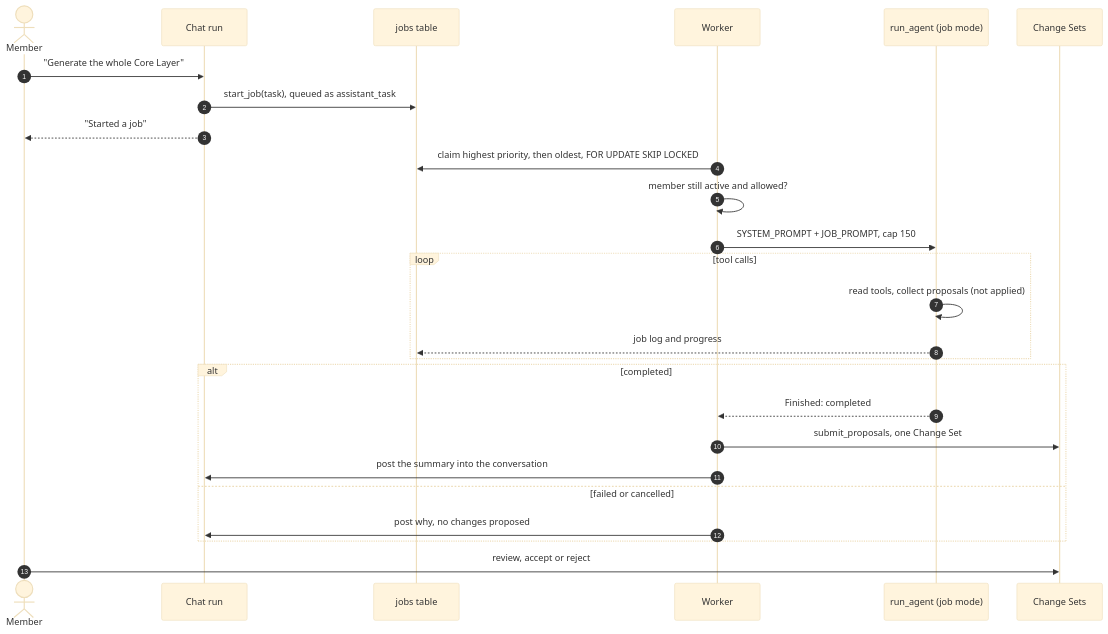
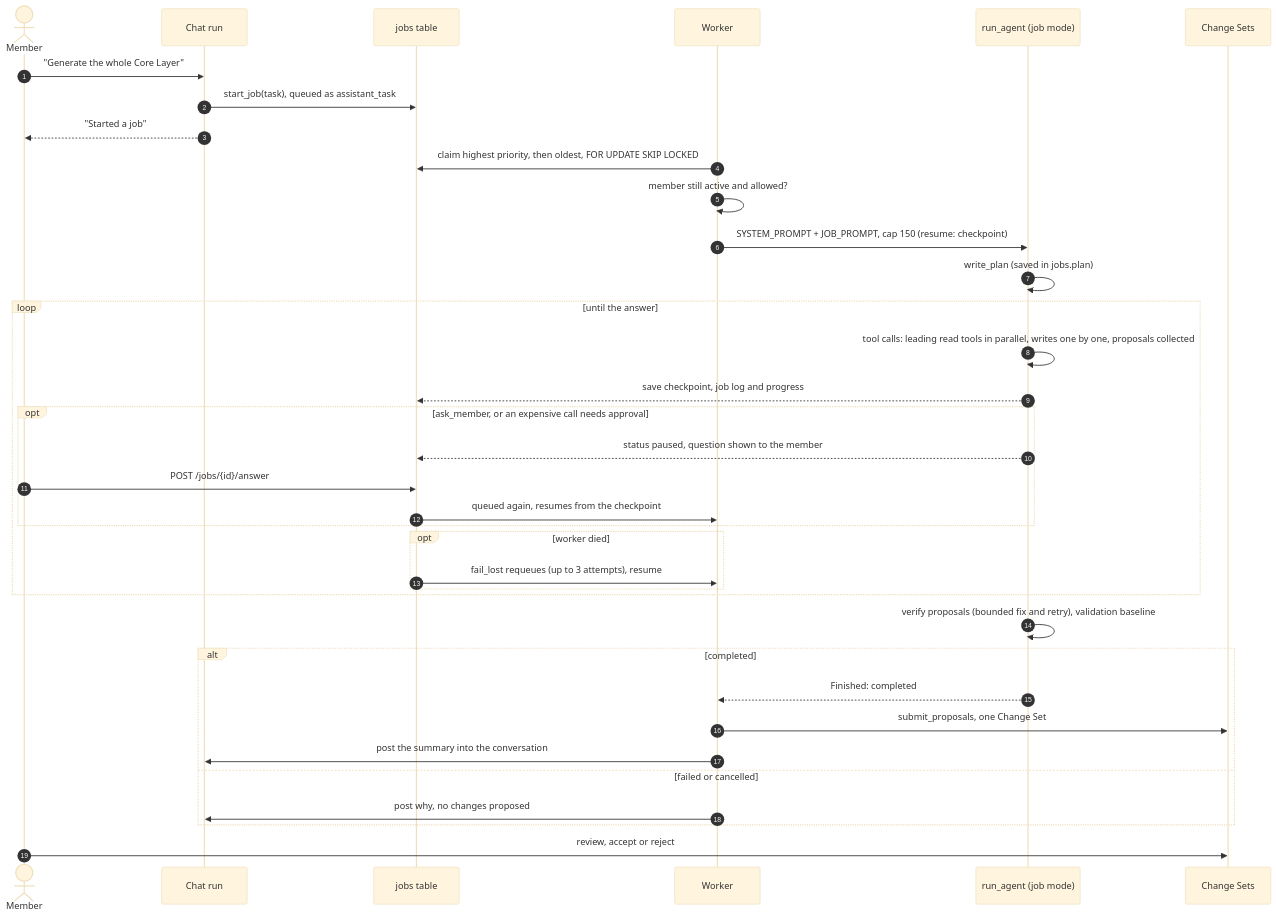
One commit to EslamAlaaZaki/dawam changed diagram 13 of 14 in docs/ai-architecture.md. Above: the diagram before and after it, drawn with Mermaid (base theme). The commit also changed other lines of this file and 1 other file, not shown here.

````diff
--- a/docs/ai-architecture.md
+++ b/docs/ai-architecture.md
@@ -796,29 +837,39 @@
 ```mermaid
 sequenceDiagram
     autonumber
     actor M as Member
     participant C as Chat run
     participant Q as jobs table
     participant W as Worker
     participant A as run_agent (job mode)
     participant CS as Change Sets
 
     M->>C: "Generate the whole Core Layer"
     C->>Q: start_job(task), queued as assistant_task
     C-->>M: "Started a job"
     W->>Q: claim highest priority, then oldest, FOR UPDATE SKIP LOCKED
     W->>W: member still active and allowed?
-    W->>A: SYSTEM_PROMPT + JOB_PROMPT, cap 150
-    loop tool calls
-        A->>A: read tools, collect proposals (not applied)
-        A-->>Q: job log and progress
+    W->>A: SYSTEM_PROMPT + JOB_PROMPT, cap 150 (resume: checkpoint)
+    A->>A: write_plan (saved in jobs.plan)
+    loop until the answer
+        A->>A: tool calls: leading read tools in parallel, writes one by one, proposals collected
+        A-->>Q: save checkpoint, job log and progress
+        opt ask_member, or an expensive call needs approval
+            A-->>Q: status paused, question shown to the member
+            M->>Q: POST /jobs/{id}/answer
+            Q->>W: queued again, resumes from the checkpoint
+        end
+        opt worker died
+            Q->>W: fail_lost requeues (up to 3 attempts), resume
+        end
     end
+    A->>A: verify proposals (bounded fix and retry), validation baseline
     alt completed
         A-->>W: Finished: completed
         W->>CS: submit_proposals, one Change Set
         W->>C: post the summary into the conversation
     else failed or cancelled
         W->>C: post why, no changes proposed
     end
     M->>CS: review, accept or reject
 ```
````
